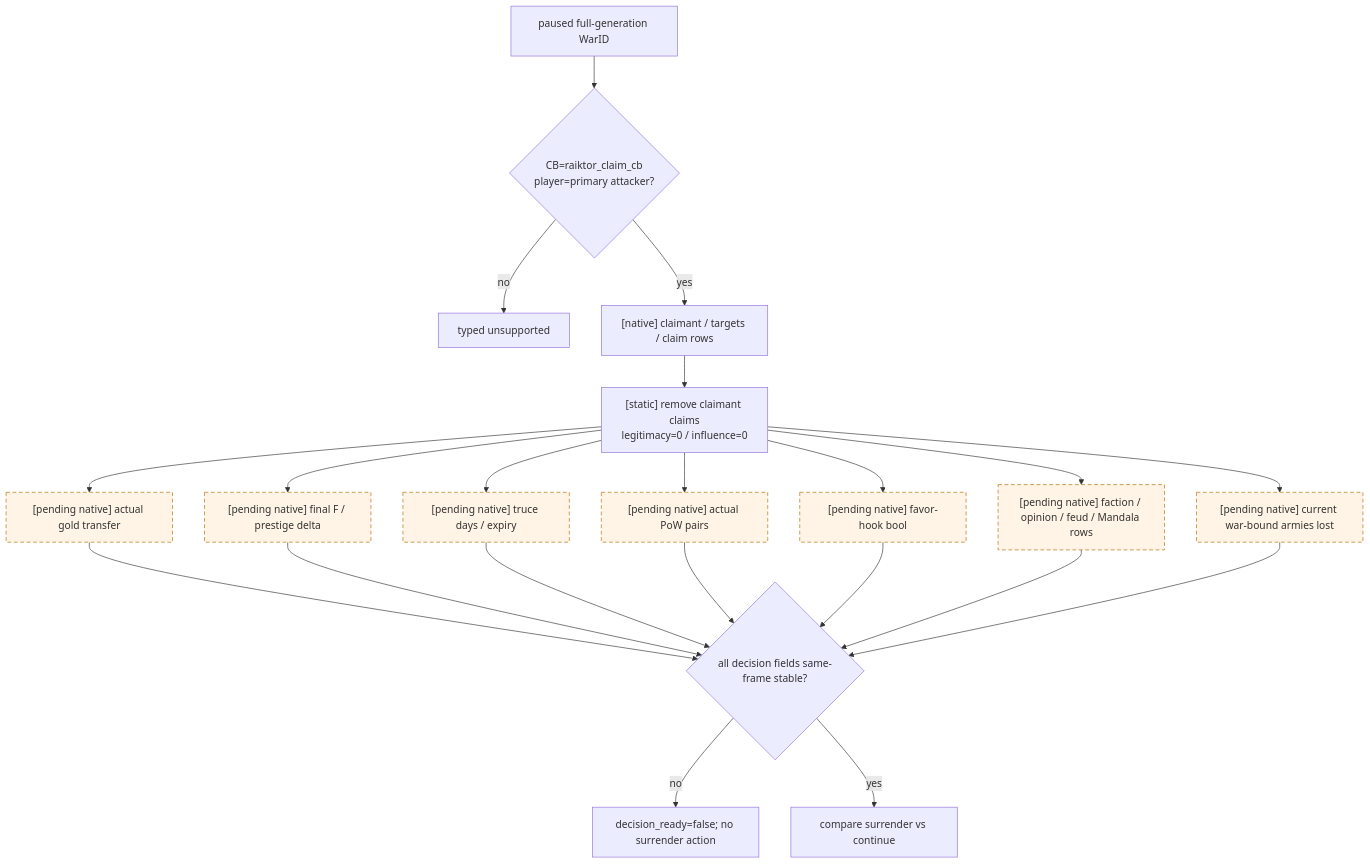
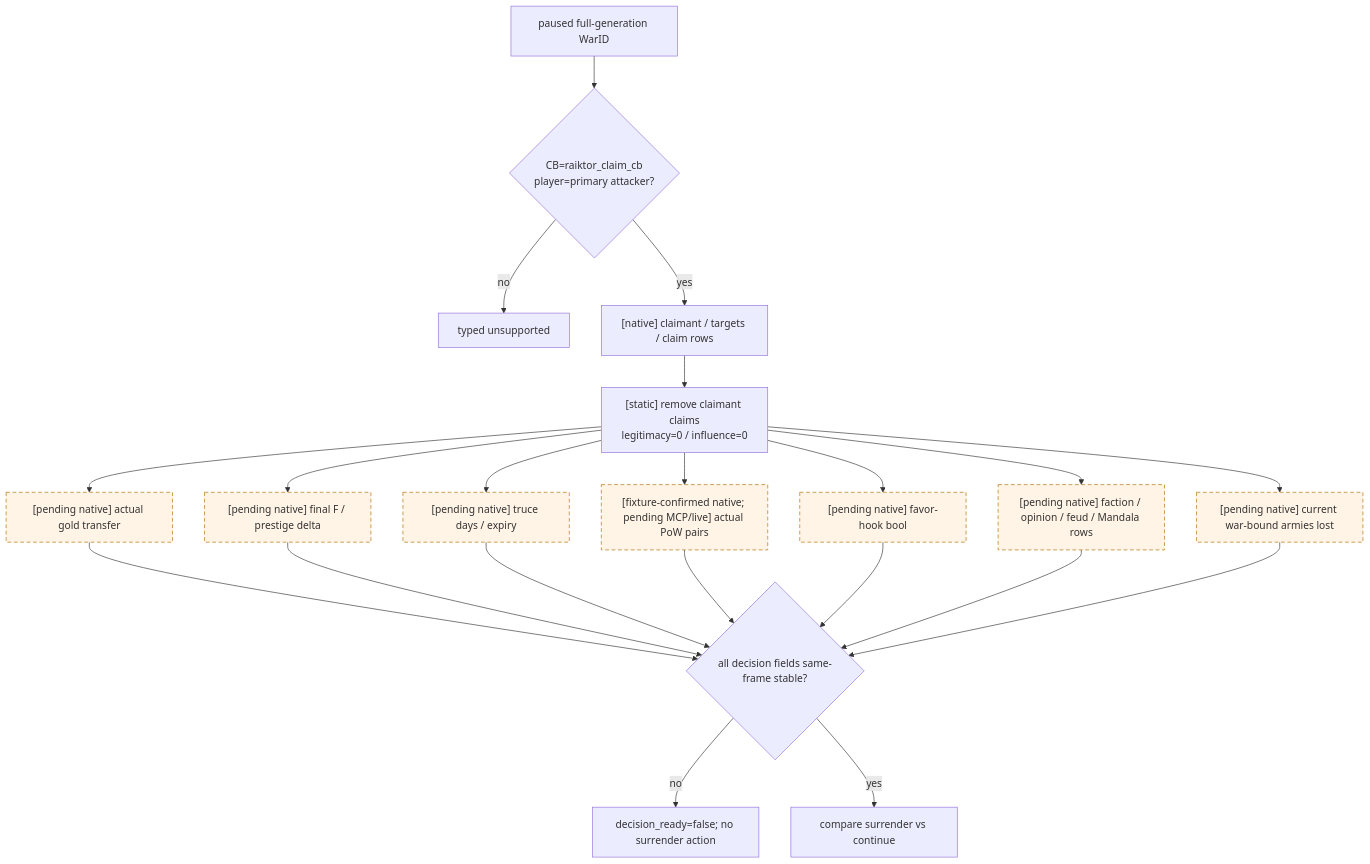
One commit to XenoAmess/ck3_eternal_recurrence changed diagram 16 of 16 in docs/ck3-native-ai/war-termination.md. Above: the diagram before and after it, drawn with Mermaid. The commit also changed other lines of this file and 6 other files, not shown here.

````diff
--- a/docs/ck3-native-ai/war-termination.md
+++ b/docs/ck3-native-ai/war-termination.md
@@ -1538,25 +1538,25 @@
 ```mermaid
 flowchart TD
     W["paused full-generation WarID"] --> I{"CB=raiktor_claim_cb<br/>player=primary attacker?"}
     I -->|no| U["typed unsupported"]
     I -->|yes| C["[native] claimant / targets / claim rows"]
     C --> S["[static] remove claimant claims<br/>legitimacy=0 / influence=0"]
     S --> G["[pending native] actual gold transfer"]
     S --> F["[pending native] final F / prestige delta"]
     S --> T["[pending native] truce days / expiry"]
-    S --> P["[pending native] actual PoW pairs"]
+    S --> P["[fixture-confirmed native; pending MCP/live] actual PoW pairs"]
     S --> H["[pending native] favor-hook bool"]
     S --> R["[pending native] faction / opinion / feud / Mandala rows"]
     S --> A["[pending native] current war-bound armies lost"]
     G --> D{"all decision fields same-frame stable?"}
     F --> D
     T --> D
     P --> D
     H --> D
     R --> D
     A --> D
     D -->|no| X["decision_ready=false; no surrender action"]
     D -->|yes| E["compare surrender vs continue"]
     classDef pending stroke-dasharray:6 4,fill:#fff4e5,stroke:#b36b00;
     class G,F,T,P,H,R,A pending;
 ```
````
